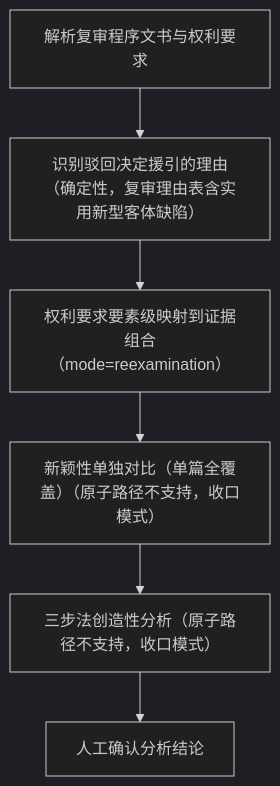
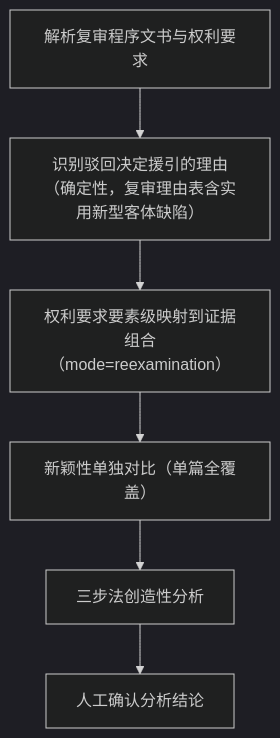
Before and after one commit to xujian519/deepseek-harness: the diagram in snapshots/session/patent-reexamination/workspace.expected/data/cases/CN2024-0003/workflow-runs/CN2024-0003__patent_reexamination_v1.mmd, drawn with Mermaid (dark theme). The commit also changed 194 other files, not shown here.

```diff
--- a/snapshots/session/patent-reexamination/workspace.expected/data/cases/CN2024-0003/workflow-runs/CN2024-0003__patent_reexamination_v1.mmd
+++ b/snapshots/session/patent-reexamination/workspace.expected/data/cases/CN2024-0003/workflow-runs/CN2024-0003__patent_reexamination_v1.mmd
@@ -1,12 +1,12 @@
 flowchart TD
   parse["解析复审程序文书与权利要求"]
   grounds["识别驳回决定援引的理由（确定性，复审理由表含实用新型客体缺陷）"]
   claim-chart["权利要求要素级映射到证据组合（mode=reexamination）"]
-  novelty["新颖性单独对比（单篇全覆盖）（原子路径不支持，收口模式）"]
-  inventiveness["三步法创造性分析（原子路径不支持，收口模式）"]
+  novelty["新颖性单独对比（单篇全覆盖）"]
+  inventiveness["三步法创造性分析"]
   approval["人工确认分析结论"]
   parse --> grounds
   grounds --> claim-chart
   claim-chart --> novelty
   novelty --> inventiveness
   inventiveness --> approval
```
